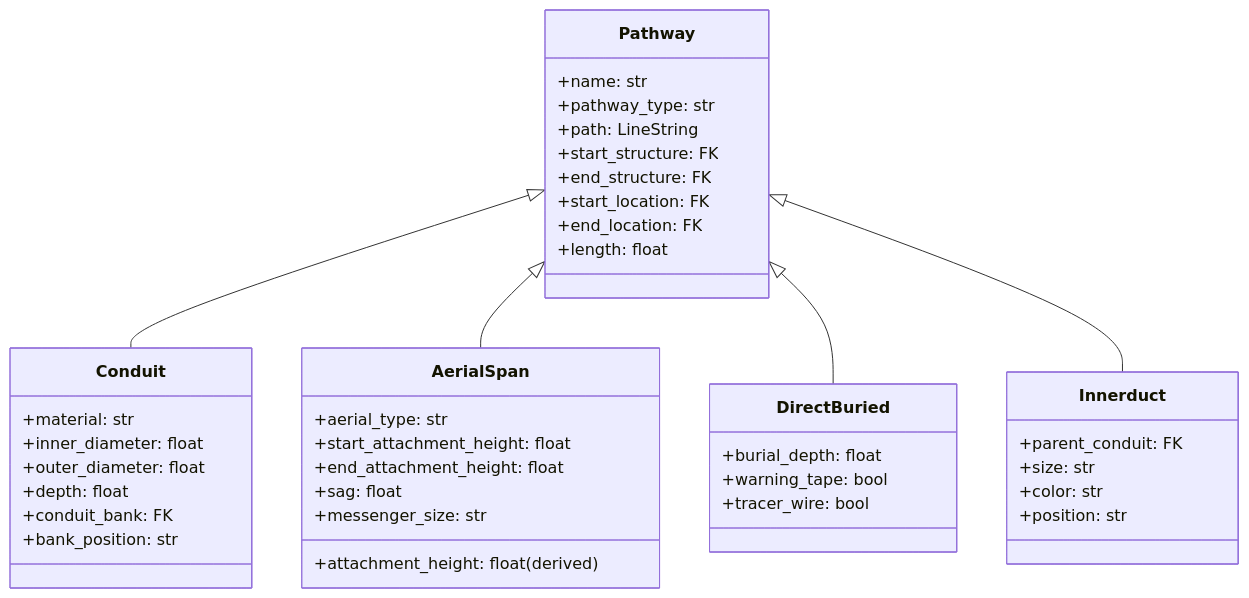
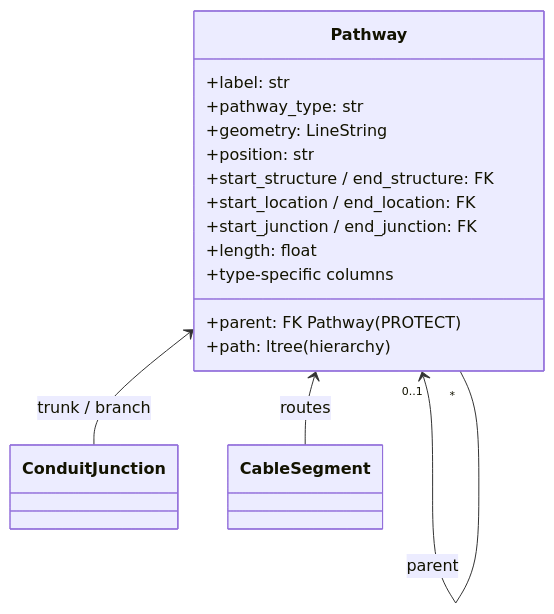
The diagram in docs/developer/architecture.md (jsenecal/netbox-pathways), drawn with Mermaid before and after one commit. The commit also changed other lines of this file and 16 other files, not shown here.

First line of the commit message:
docs: single pathway model, hierarchy and upgrade notes

````diff
--- a/docs/developer/architecture.md
+++ b/docs/developer/architecture.md
@@ -59,44 +68,19 @@
 ```mermaid
 classDiagram
     class Pathway {
-        +name: str
+        +label: str
         +pathway_type: str
-        +path: LineString
-        +start_structure: FK
-        +end_structure: FK
-        +start_location: FK
-        +end_location: FK
+        +parent: FK Pathway (PROTECT)
+        +path: ltree (hierarchy)
+        +geometry: LineString
+        +position: str
+        +start_structure / end_structure: FK
+        +start_location / end_location: FK
+        +start_junction / end_junction: FK
         +length: float
+        +type-specific columns
     }
-    class Conduit {
-        +material: str
-        +inner_diameter: float
-        +outer_diameter: float
-        +depth: float
-        +conduit_bank: FK
-        +bank_position: str
-    }
-    class AerialSpan {
-        +aerial_type: str
-        +start_attachment_height: float
-        +end_attachment_height: float
-        +attachment_height: float (derived)
-        +sag: float
-        +messenger_size: str
-    }
-    class DirectBuried {
-        +burial_depth: float
-        +warning_tape: bool
-        +tracer_wire: bool
-    }
-    class Innerduct {
-        +parent_conduit: FK
-        +size: str
-        +color: str
-        +position: str
-    }
-    Pathway <|-- Conduit
-    Pathway <|-- AerialSpan
-    Pathway <|-- DirectBuried
-    Pathway <|-- Innerduct
+    Pathway "0..1" <-- "*" Pathway : parent
+    Pathway <-- ConduitJunction : trunk / branch
+    Pathway <-- CableSegment : routes
 ```
````
